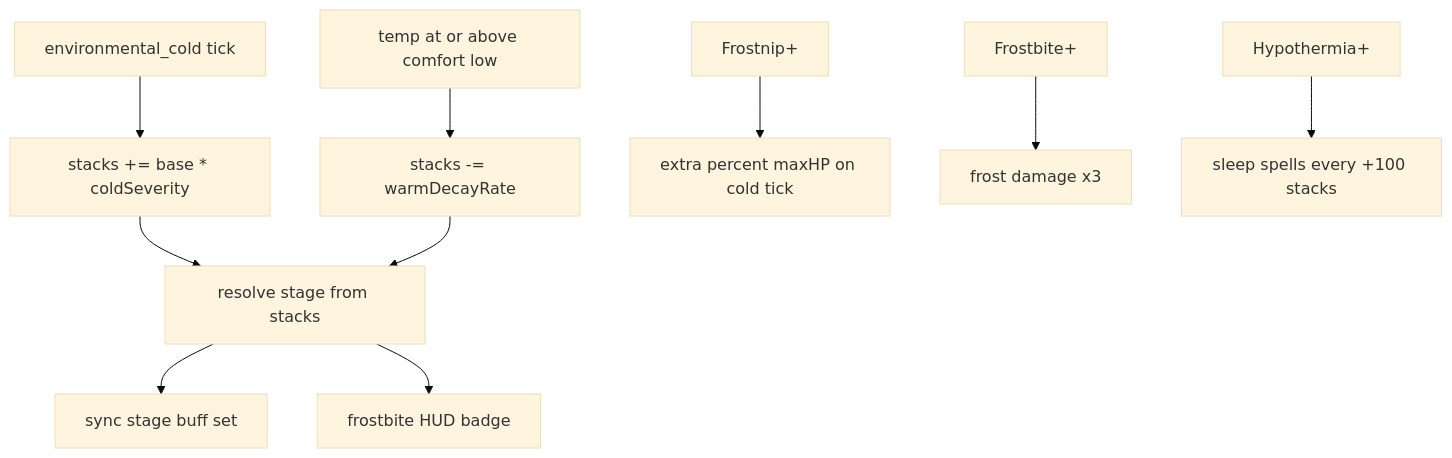
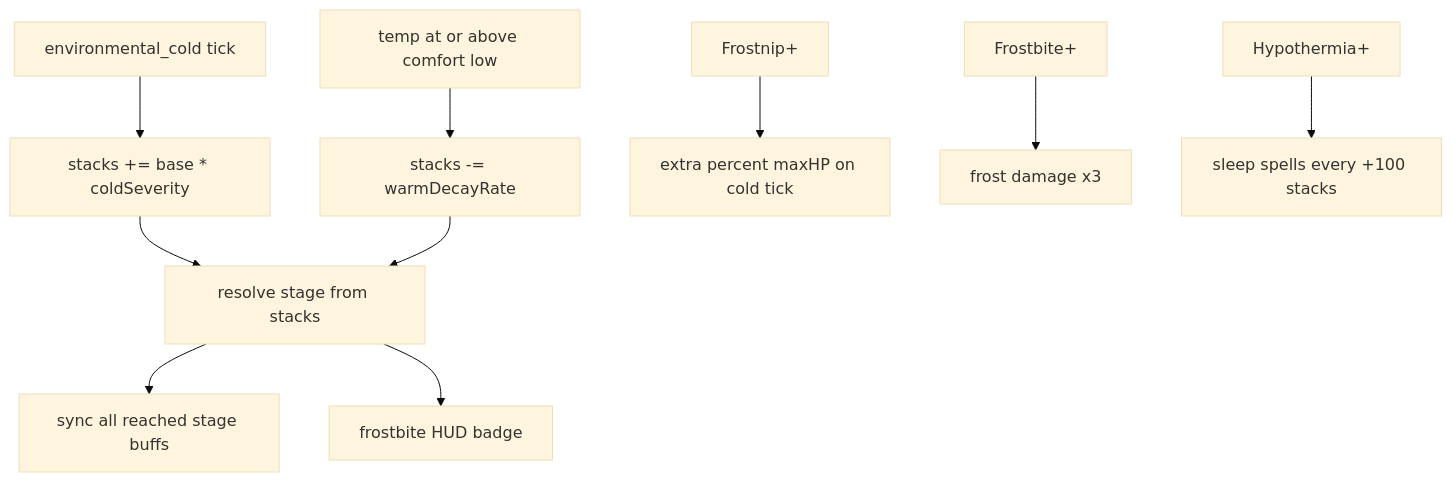
The diagram in gameplay/mechanics/frostbite/mechanics.md (Jayrr-Dev/reigncraft), drawn with Mermaid (base theme) before and after one commit. The commit also changed other lines of this file and 19 other files, not shown here.

````diff
--- a/gameplay/mechanics/frostbite/mechanics.md
+++ b/gameplay/mechanics/frostbite/mechanics.md
@@ -5,12 +5,12 @@
 ```mermaid
 flowchart TD
   coldTick["environmental_cold tick"] --> gain["stacks += base * coldSeverity"]
   warm["temp at or above comfort low"] --> decay["stacks -= warmDecayRate"]
   gain --> stage["resolve stage from stacks"]
   decay --> stage
-  stage --> buffs["sync stage buff set"]
+  stage --> buffs["sync all reached stage buffs"]
   stage --> hud["frostbite HUD badge"]
   frostnip["Frostnip+"] --> pct["extra percent maxHP on cold tick"]
   frostbiteStage["Frostbite+"] --> dbl["frost damage x3"]
   hypo["Hypothermia+"] --> sleep["sleep spells every +100 stacks"]
 ```
````
